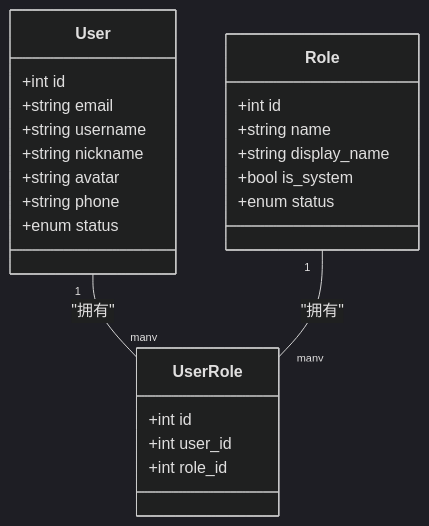
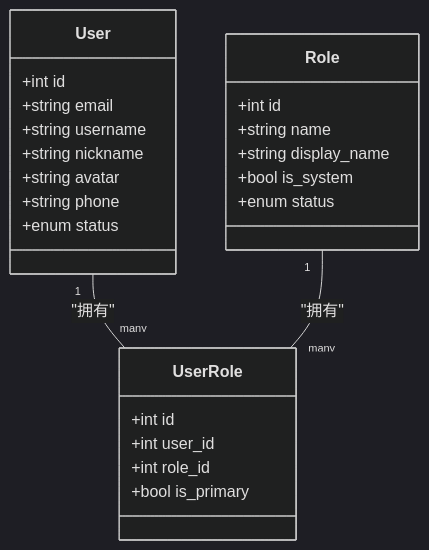
Before and after one commit to wuwuseo/e-sports-go-admin: the third of 13 diagrams in .qoder/repowiki/zh/content/数据库设计/实体关系设计.md, drawn with Mermaid (dark theme). The commit also changed other lines of this file and 42 other files, not shown here.

````diff
--- a/.qoder/repowiki/zh/content/数据库设计/实体关系设计.md
+++ b/.qoder/repowiki/zh/content/数据库设计/实体关系设计.md
@@ -295,26 +492,27 @@
 ```mermaid
 classDiagram
 class User {
 +int id
 +string email
 +string username
 +string nickname
 +string avatar
 +string phone
 +enum status
 }
 class Role {
 +int id
 +string name
 +string display_name
 +bool is_system
 +enum status
 }
 class UserRole {
 +int id
 +int user_id
 +int role_id
++bool is_primary
 }
 User "1" -- "many" UserRole : "拥有"
 Role "1" -- "many" UserRole : "拥有"
 ```
````
